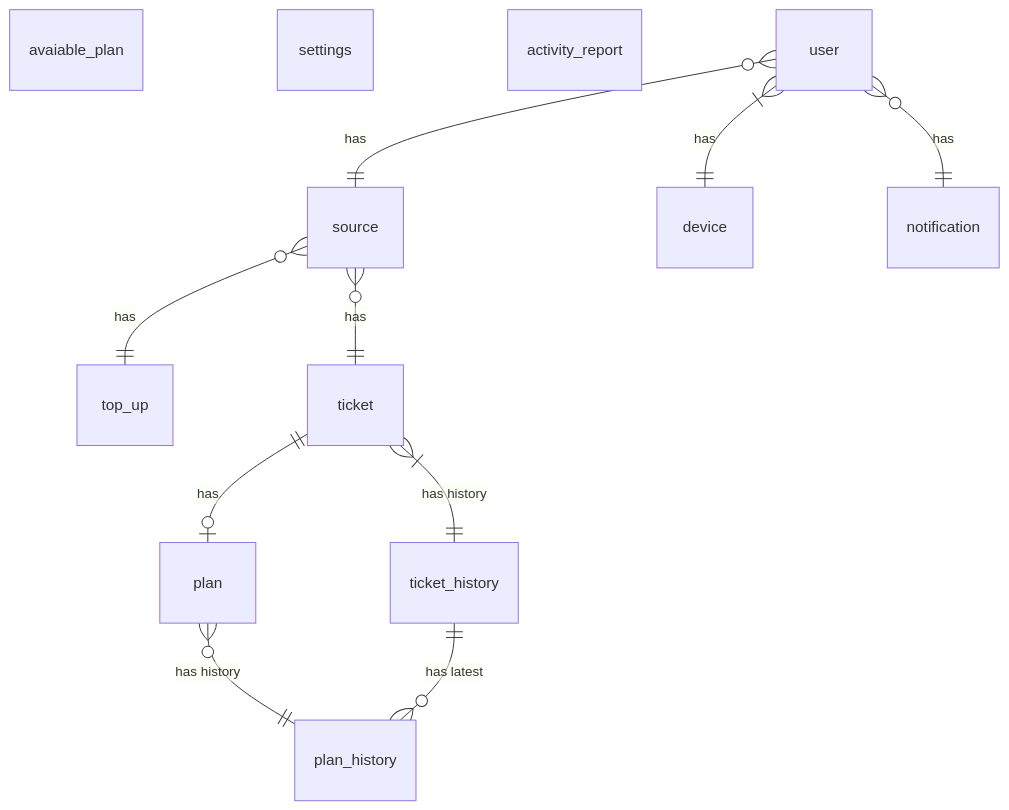
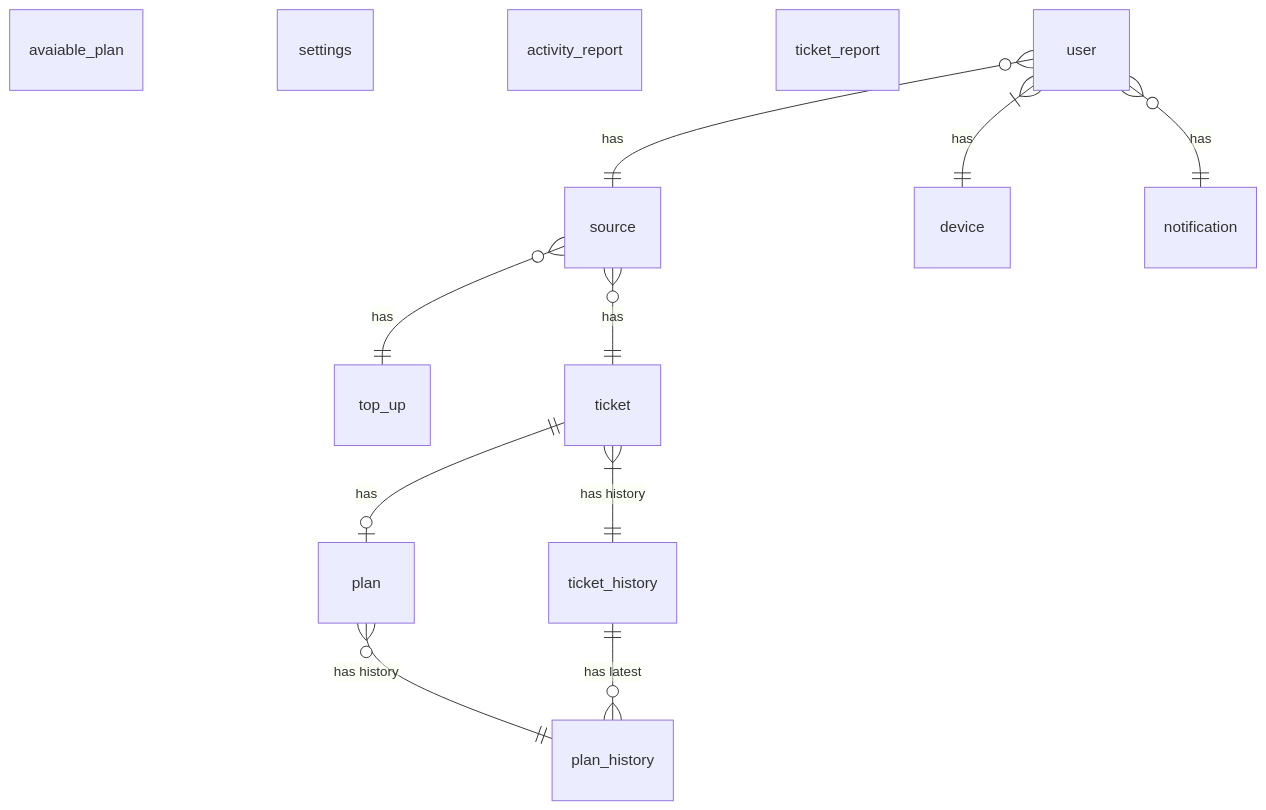
Before and after one commit to coinhub-uit/coinhub-uit.github.io: the second of 2 diagrams in docs/diagrams/database/ticket-report.md, drawn with Mermaid. The commit also changed other lines of this file and 1 other file, not shown here.

Commit message:
fix(db-report): wrong sth

````diff
--- a/docs/diagrams/database/ticket-report.md
+++ b/docs/diagrams/database/ticket-report.md
@@ -23,16 +26,17 @@
 ```mermaid
 erDiagram
   avaiable_plan
   settings
   activity_report
+  ticket_report
 
   user }o--|| source : "has"
   user }|--|| device : "has"
   user }o--|| notification : "has"
   source }o--|| top_up : "has"
   plan }o--|| plan_history : "has history"
   ticket }|--|| ticket_history : "has history"
   ticket ||--|o plan: "has"
   ticket_history ||--}o plan_history : "has latest"
   source }o--|| ticket : "has"
 ```
````
